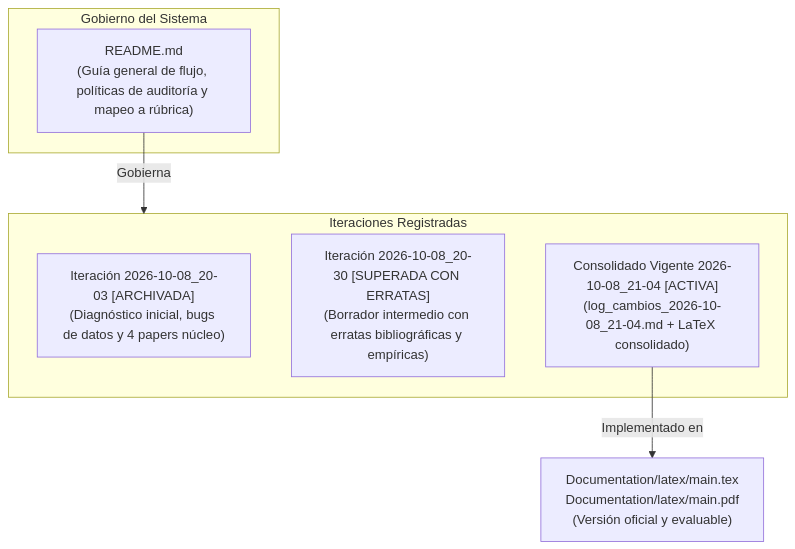
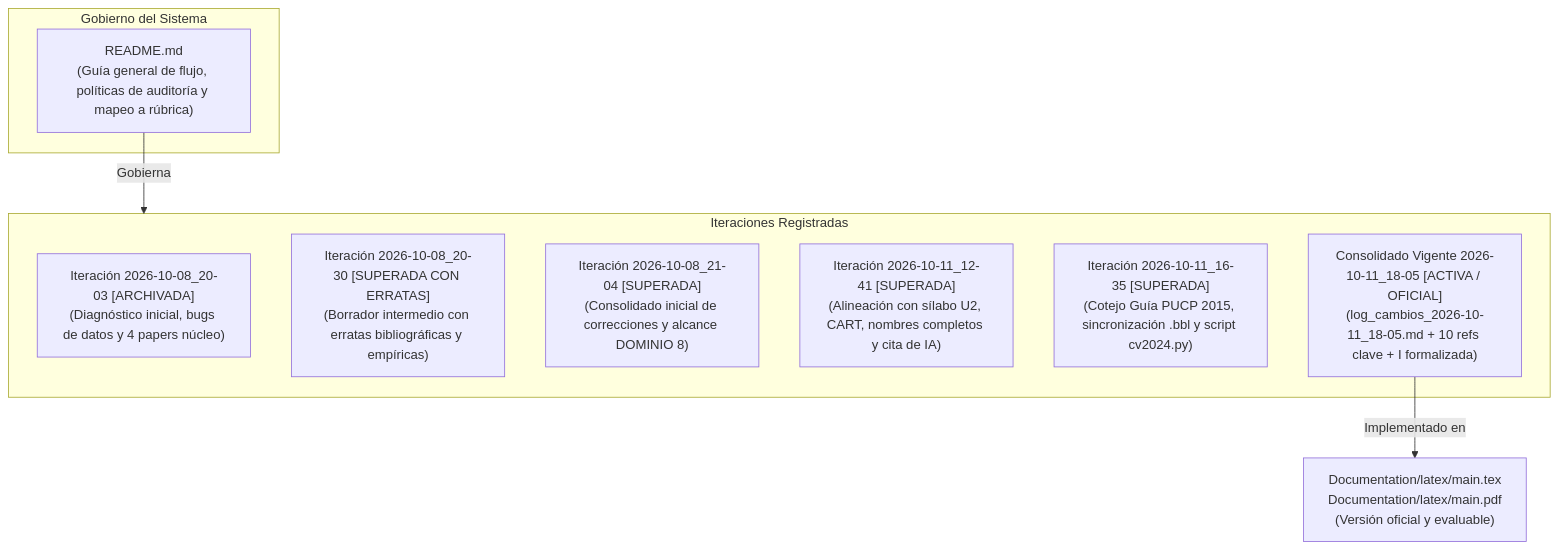
The diagram in Documentation/Observaciones a levantar/README.md (Ga3lAE/IA-Tarea-Academica), drawn with Mermaid before and after one commit. The commit also changed other lines of this file and 3 other files, not shown here.

````diff
--- a/Documentation/Observaciones a levantar/README.md
+++ b/Documentation/Observaciones a levantar/README.md
@@ -11,15 +11,18 @@
 ```mermaid
 flowchart TD
     subgraph Marco["Gobierno del Sistema"]
         R["README.md\n(Guía general de flujo, políticas de auditoría y mapeo a rúbrica)"]
     end
 
     subgraph Historial["Iteraciones Registradas"]
         I1["Iteración 2026-10-08_20-03 [ARCHIVADA]\n(Diagnóstico inicial, bugs de datos y 4 papers núcleo)"]
         I2["Iteración 2026-10-08_20-30 [SUPERADA CON ERRATAS]\n(Borrador intermedio con erratas bibliográficas y empíricas)"]
-        I3["Consolidado Vigente 2026-10-08_21-04 [ACTIVA]\n(log_cambios_2026-10-08_21-04.md + LaTeX consolidado)"]
+        I3["Iteración 2026-10-08_21-04 [SUPERADA]\n(Consolidado inicial de correcciones y alcance DOMINIO 8)"]
+        I4["Iteración 2026-10-11_12-41 [SUPERADA]\n(Alineación con sílabo U2, CART, nombres completos y cita de IA)"]
+        I5["Iteración 2026-10-11_16-35 [SUPERADA]\n(Cotejo Guía PUCP 2015, sincronización .bbl y script cv2024.py)"]
+        I6["Consolidado Vigente 2026-10-11_18-05 [ACTIVA / OFICIAL]\n(log_cambios_2026-10-11_18-05.md + 10 refs clave + I formalizada)"]
     end
 
     R -->|Gobierna| Historial
-    I3 -->|Implementado en| DOCS["Documentation/latex/main.tex\nDocumentation/latex/main.pdf\n(Versión oficial y evaluable)"]
+    I6 -->|Implementado en| DOCS["Documentation/latex/main.tex\nDocumentation/latex/main.pdf\n(Versión oficial y evaluable)"]
 ```
````
